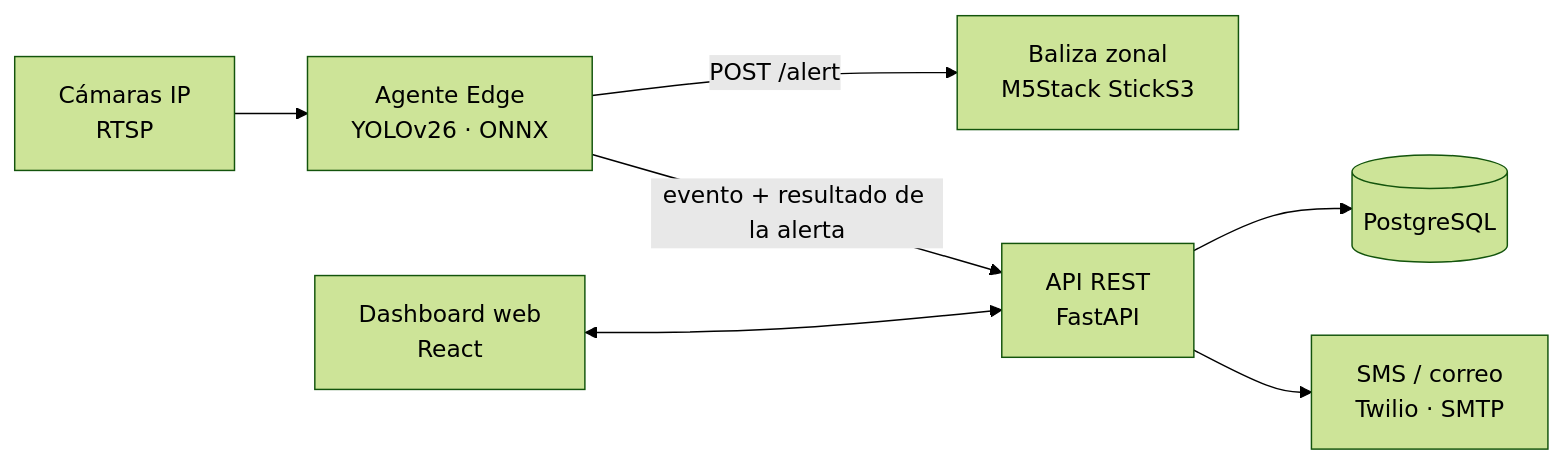
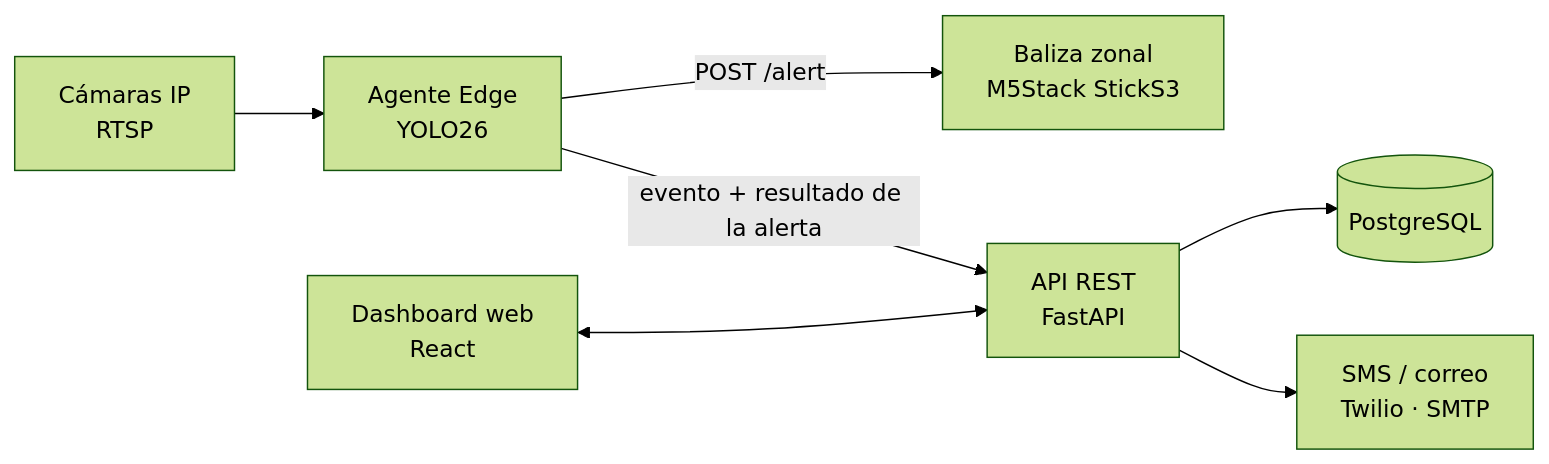
The diagram in README.md (lonelystar16/AV_AldoMartinez802D_Equipo1), drawn with Mermaid (forest theme) before and after one commit. The commit also changed other lines of this file and 3 other files, not shown here.

````diff
--- a/README.md
+++ b/README.md
@@ -38,9 +38,9 @@
 ```mermaid
 flowchart LR
-    CAM[Cámaras IP<br/>RTSP] --> EDGE[Agente Edge<br/>YOLOv26 · ONNX]
+    CAM[Cámaras IP<br/>RTSP] --> EDGE[Agente Edge<br/>YOLO26]
     EDGE -->|POST /alert| BAL[Baliza zonal<br/>M5Stack StickS3]
     EDGE -->|evento + resultado de la alerta| API[API REST<br/>FastAPI]
     API --> DB[(PostgreSQL)]
     API --> NOT[SMS / correo<br/>Twilio · SMTP]
     DASH[Dashboard web<br/>React] <--> API
 ```
````
